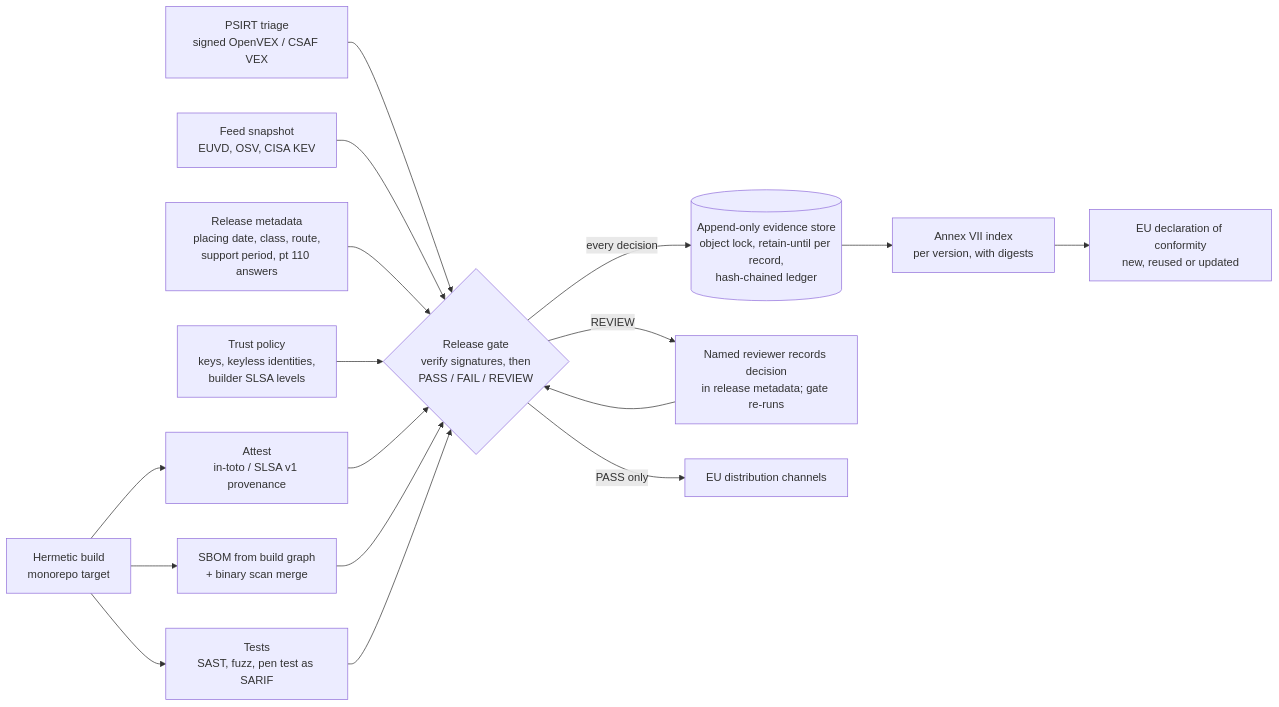
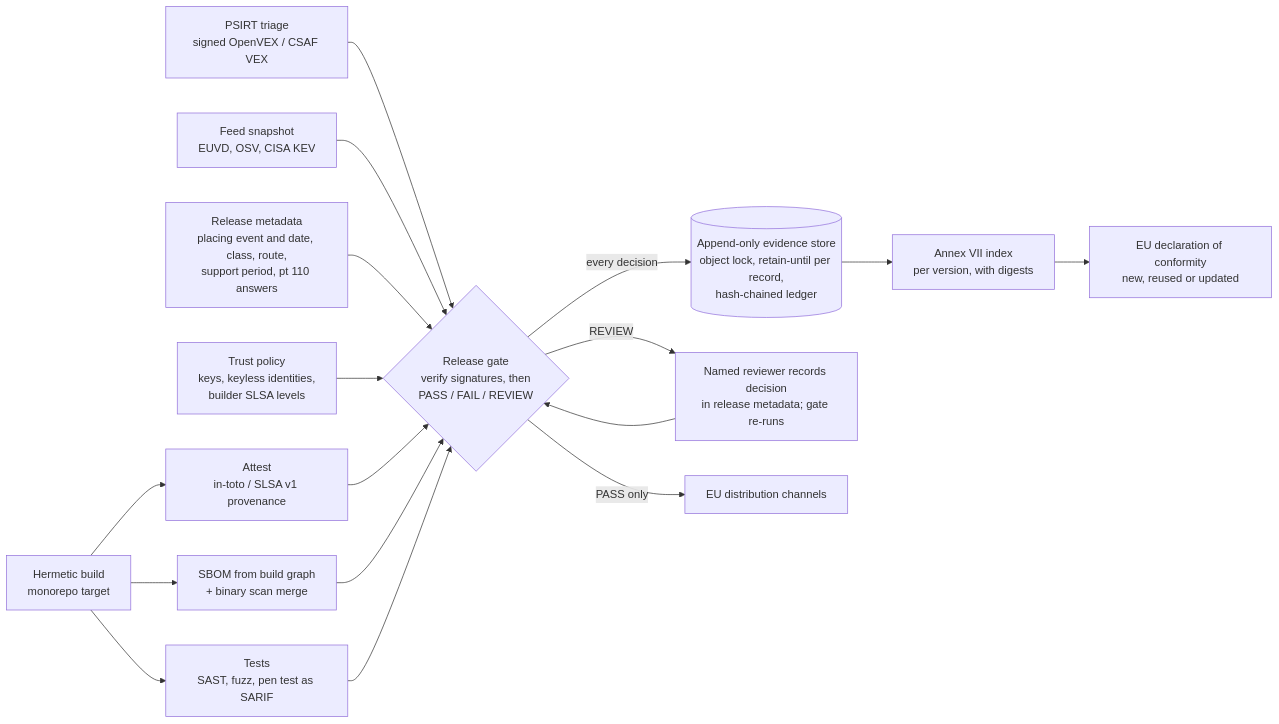
The diagram in pack/enterprise/evidence-as-code/paper.md (smerphy/CRA-Consulting-Pack), drawn with Mermaid before and after one commit. The commit also changed other lines of this file and 46 other files, not shown here.

First line of the commit message:
Enterprise Edition: apply 11 legal corrections (per-version placing per guidance paras 13-15, Example 2), inherited placing date in evidence engine, trimmed papers

````diff
--- a/pack/enterprise/evidence-as-code/paper.md
+++ b/pack/enterprise/evidence-as-code/paper.md
@@ -21,19 +21,19 @@
 ```mermaid
 flowchart LR
   A[Hermetic build<br/>monorepo target] --> B[Attest<br/>in-toto / SLSA v1 provenance]
   A --> C[SBOM from build graph<br/>+ binary scan merge]
   A --> T[Tests<br/>SAST, fuzz, pen test as SARIF]
   P[PSIRT triage<br/>signed OpenVEX / CSAF VEX] --> G
   F[Feed snapshot<br/>EUVD, OSV, CISA KEV] --> G
-  M[Release metadata<br/>placing date, class, route,<br/>support period, pt 110 answers] --> G
+  M[Release metadata<br/>placing event and date, class, route,<br/>support period, pt 110 answers] --> G
   K[Trust policy<br/>keys, keyless identities,<br/>builder SLSA levels] --> G
   B --> G{Release gate<br/>verify signatures, then<br/>PASS / FAIL / REVIEW}
   C --> G
   T --> G
   G -- every decision --> S[(Append-only evidence store<br/>object lock, retain-until per record,<br/>hash-chained ledger)]
   G -- REVIEW --> H["Named reviewer records decision<br/>in release metadata; gate re-runs"]
   H --> G
   S --> I[Annex VII index<br/>per version, with digests]
   I --> D[EU declaration of conformity<br/>new, reused or updated]
   G -- PASS only --> R[EU distribution channels]
 ```
````
